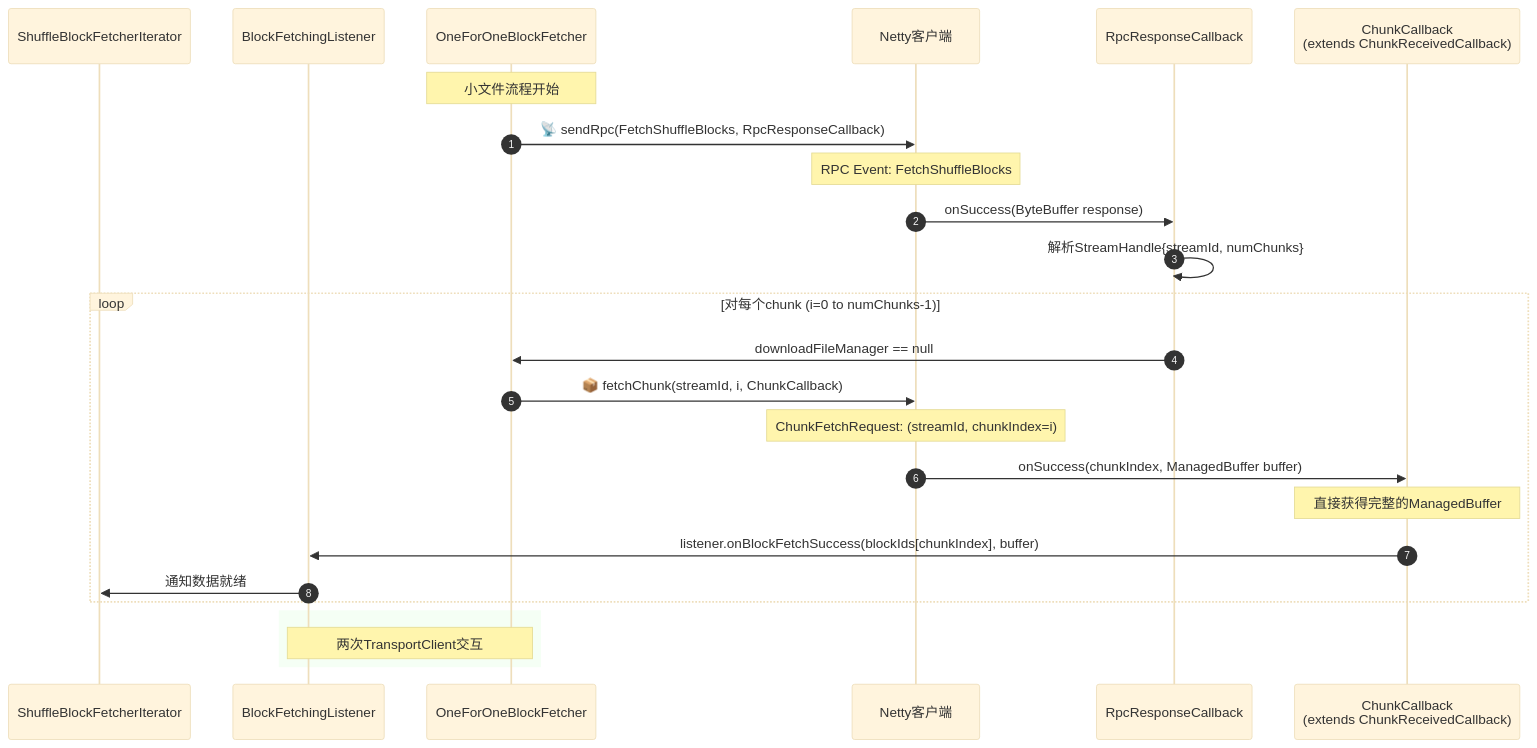
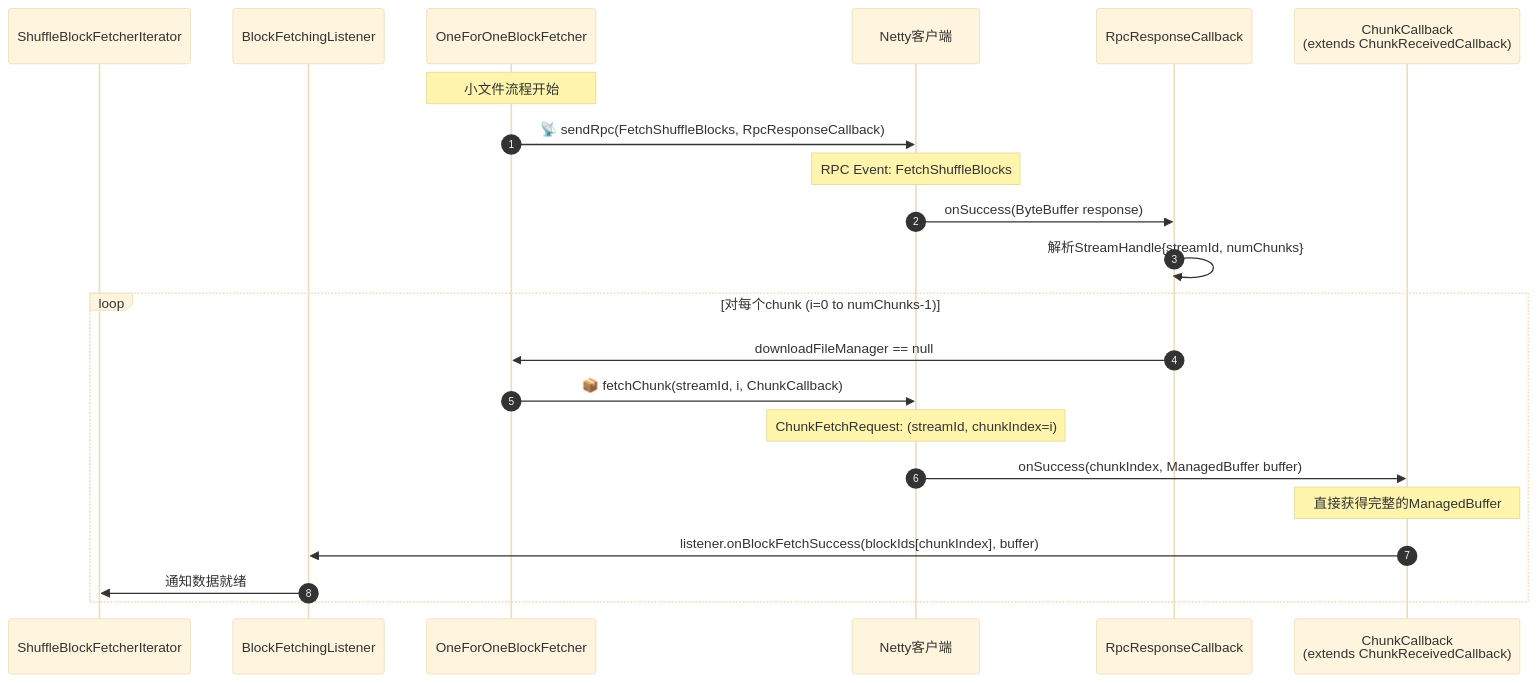
Before and after one commit to juntaozhang/juntaozhang.github.io: the tenth of 15 diagrams in spark/spark3.3.1/task_execution.md, drawn with Mermaid (base theme). The commit also changed other lines of this file and 2 other files, not shown here.

````diff
--- a/spark/spark3.3.1/task_execution.md
+++ b/spark/spark3.3.1/task_execution.md
@@ -730,34 +778,30 @@
 ```mermaid
 sequenceDiagram
     autonumber
     participant SBFI as ShuffleBlockFetcherIterator
     participant BFL as BlockFetchingListener
     participant OOFBF as OneForOneBlockFetcher
     participant Client as Netty客户端
     participant RpcCB as RpcResponseCallback
     participant ChunkCB as ChunkCallback<br/>(extends ChunkReceivedCallback)
 
     Note over OOFBF: 小文件流程开始
 
     %% 第一次交互：RPC获取StreamHandle
     OOFBF->>Client: 📡 sendRpc(FetchShuffleBlocks, RpcResponseCallback)
     Note over Client: RPC Event: FetchShuffleBlocks
     Client->>RpcCB: onSuccess(ByteBuffer response)
     RpcCB->>RpcCB: 解析StreamHandle{streamId, numChunks}
 
     %% 第二次交互：Chunk数据获取
     loop 对每个chunk (i=0 to numChunks-1)
         RpcCB->>OOFBF: downloadFileManager == null
         OOFBF->>Client: 📦 fetchChunk(streamId, i, ChunkCallback)
         Note over Client: ChunkFetchRequest: (streamId, chunkIndex=i)
 
         Client->>ChunkCB: onSuccess(chunkIndex, ManagedBuffer buffer)
         Note over ChunkCB: 直接获得完整的ManagedBuffer
         ChunkCB->>BFL: listener.onBlockFetchSuccess(blockIds[chunkIndex], buffer)
         BFL->>SBFI: 通知数据就绪
     end
-
-    rect rgb(245, 255, 245)
-        Note over OOFBF, BFL: 两次TransportClient交互
-    end
 ```
````
